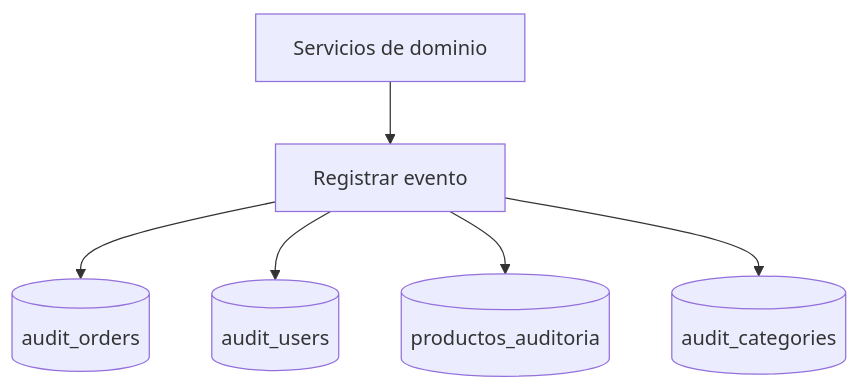
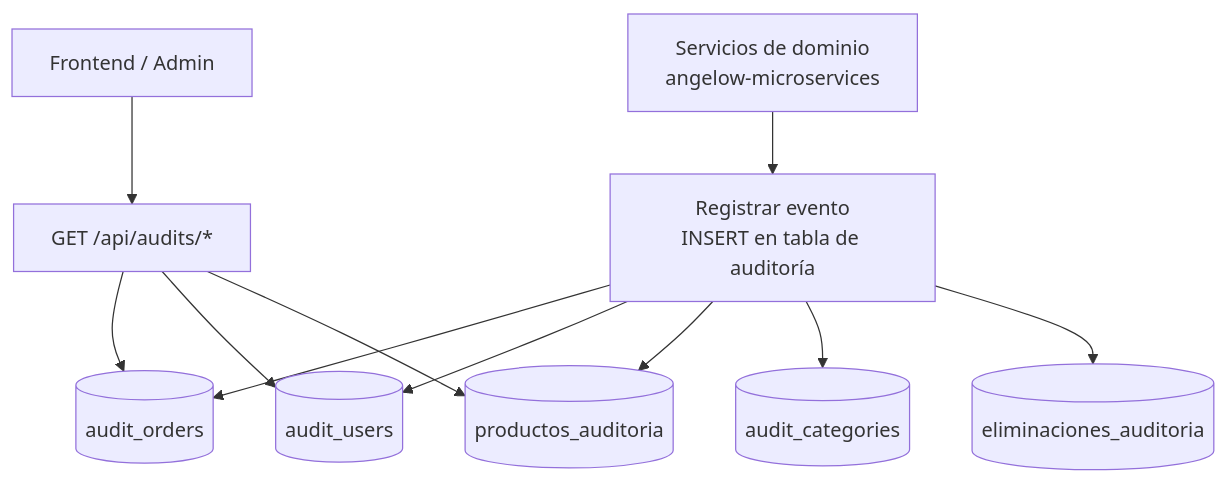
Before and after one commit to Braian551/Angelow_microservices: the diagram in services/audit-service/docs/README.md, drawn with Mermaid. The commit also changed other lines of this file and 259 other files, not shown here.

````diff
--- a/services/audit-service/docs/README.md
+++ b/services/audit-service/docs/README.md
@@ -9,8 +14,13 @@
 ```mermaid
 flowchart TD
-  A[Servicios de dominio] --> B[Registrar evento]
+  A[Servicios de dominio<br/>angelow-microservices] --> B[Registrar evento<br/>INSERT en tabla de auditoría]
   B --> C[(audit_orders)]
   B --> D[(audit_users)]
   B --> E[(productos_auditoria)]
   B --> F[(audit_categories)]
+  B --> G[(eliminaciones_auditoria)]
+  H[Frontend / Admin] --> I[GET /api/audits/*]
+  I --> C
+  I --> D
+  I --> E
 ```
````
